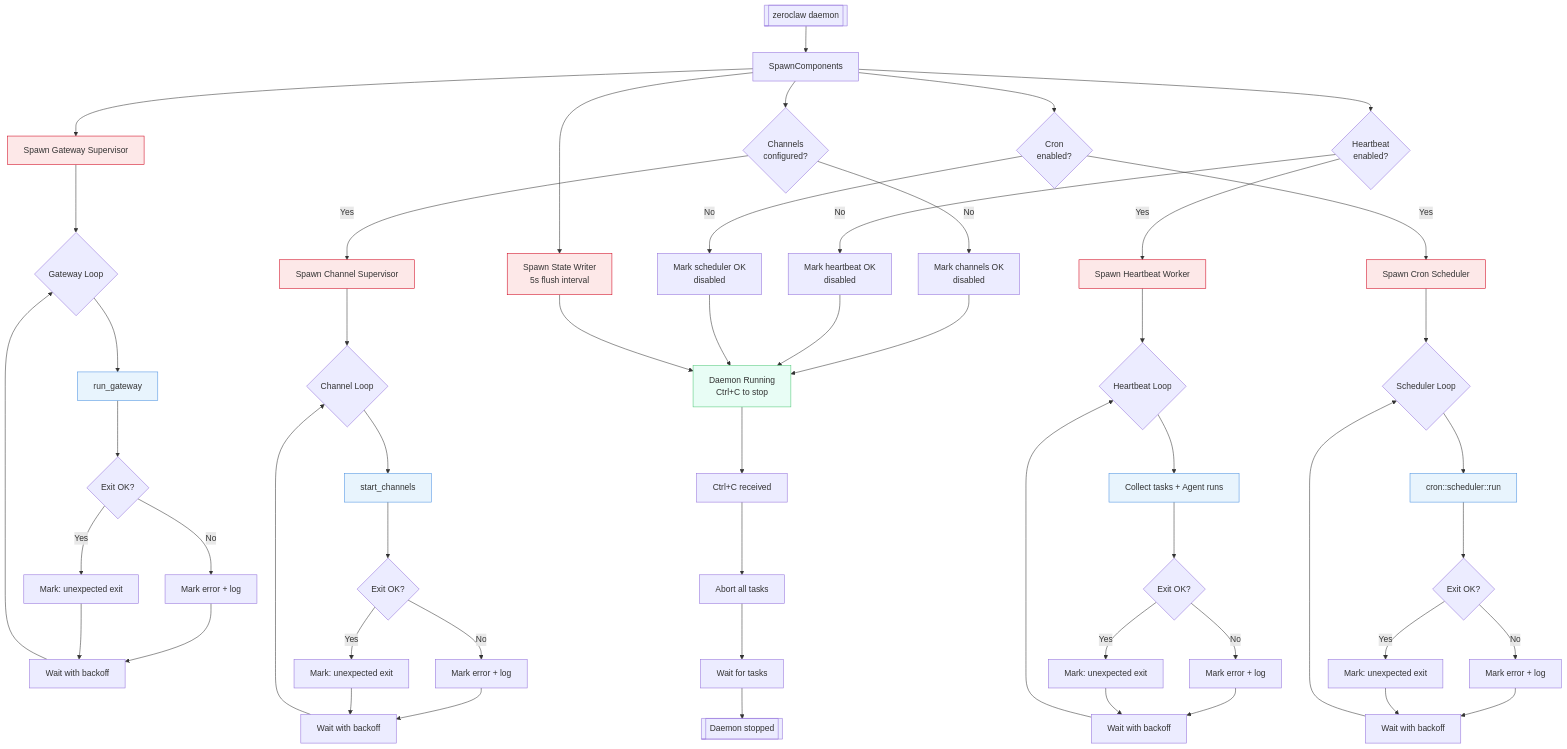
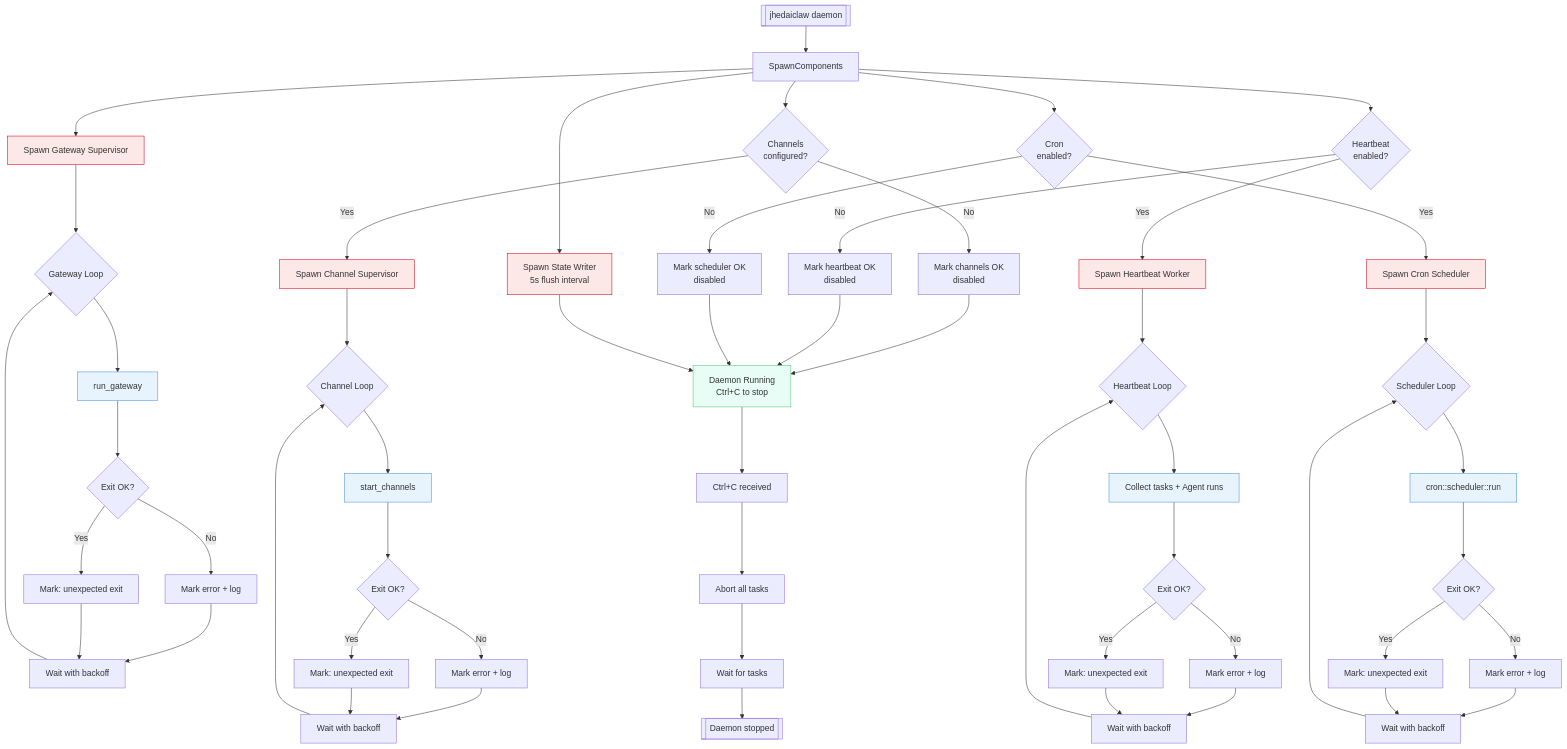
The fifth of 14 diagrams in docs/assets/architecture-diagrams.md (zeroclaw-labs/zeroclaw), drawn with Mermaid before and after one commit. The commit also changed other lines of this file and 544 other files, not shown here.

First line of the commit message:
docs: rebrand zeroclaw→jhedaiclaw; wire GraphTab to dashboard

````diff
--- a/docs/assets/architecture-diagrams.md
+++ b/docs/assets/architecture-diagrams.md
@@ -212,74 +212,74 @@
 ```mermaid
 flowchart TB
-    Start[[zeroclaw daemon]] --> SpawnComponents
+    Start[[jhedaiclaw daemon]] --> SpawnComponents
 
     SpawnComponents --> SpawnState[Spawn State Writer<br/>5s flush interval]
     SpawnComponents --> SpawnGateway[Spawn Gateway Supervisor]
     SpawnComponents --> SpawnChannels{Channels<br/>configured?}
     SpawnComponents --> SpawnHeartbeat{Heartbeat<br/>enabled?}
     SpawnComponents --> SpawnScheduler{Cron<br/>enabled?}
 
     SpawnChannels -->|Yes| SpawnChannelSup[Spawn Channel Supervisor]
     SpawnChannels -->|No| MarkChannelsOK[Mark channels OK<br/>disabled]
 
     SpawnHeartbeat -->|Yes| SpawnHeartbeatWorker[Spawn Heartbeat Worker]
     SpawnHeartbeat -->|No| MarkHeartbeatOK[Mark heartbeat OK<br/>disabled]
 
     SpawnScheduler -->|Yes| SpawnSchedulerWorker[Spawn Cron Scheduler]
     SpawnScheduler -->|No| MarkSchedulerOK[Mark scheduler OK<br/>disabled]
 
     SpawnGateway --> GatewayLoop{Gateway Loop}
     SpawnChannelSup --> ChannelLoop{Channel Loop}
     SpawnHeartbeatWorker --> HeartbeatLoop{Heartbeat Loop}
     SpawnSchedulerWorker --> SchedulerLoop{Scheduler Loop}
 
     GatewayLoop --> GatewayRun[run_gateway]
     GatewayRun --> GatewayExit{Exit OK?}
     GatewayExit -->|No| GatewayError[Mark error + log]
     GatewayExit -->|Yes| GatewayUnexpected[Mark: unexpected exit]
     GatewayError --> GatewayBackoff[Wait with backoff]
     GatewayUnexpected --> GatewayBackoff
     GatewayBackoff --> GatewayLoop
 
     ChannelLoop --> ChannelRun[start_channels]
     ChannelRun --> ChannelExit{Exit OK?}
     ChannelExit -->|No| ChannelError[Mark error + log]
     ChannelExit -->|Yes| ChannelUnexpected[Mark: unexpected exit]
     ChannelError --> ChannelBackoff[Wait with backoff]
     ChannelUnexpected --> ChannelBackoff
     ChannelBackoff --> ChannelLoop
 
     HeartbeatLoop --> HeartbeatRun[Collect tasks + Agent runs]
     HeartbeatRun --> HeartbeatExit{Exit OK?}
     HeartbeatExit -->|No| HeartbeatError[Mark error + log]
     HeartbeatExit -->|Yes| HeartbeatUnexpected[Mark: unexpected exit]
     HeartbeatError --> HeartbeatBackoff[Wait with backoff]
     HeartbeatUnexpected --> HeartbeatBackoff
     HeartbeatBackoff --> HeartbeatLoop
 
     SchedulerLoop --> SchedulerRun[cron::scheduler::run]
     SchedulerRun --> SchedulerExit{Exit OK?}
     SchedulerExit -->|No| SchedulerError[Mark error + log]
     SchedulerExit -->|Yes| SchedulerUnexpected[Mark: unexpected exit]
     SchedulerError --> SchedulerBackoff[Wait with backoff]
     SchedulerUnexpected --> SchedulerBackoff
     SchedulerBackoff --> SchedulerLoop
 
     MarkChannelsOK --> Running[Daemon Running<br/>Ctrl+C to stop]
     MarkHeartbeatOK --> Running
     MarkSchedulerOK --> Running
     SpawnState --> Running
 
     Running --> StopRequest[Ctrl+C received]
     StopRequest --> AbortAll[Abort all tasks]
     AbortAll --> JoinAll[Wait for tasks]
     JoinAll --> Done[[Daemon stopped]]
 
     classDef supervisor fill:#FDE8E8,stroke:#D0021B
     classDef running fill:#E8FDF5,stroke:#50C878
     classDef component fill:#E8F4FD,stroke:#4A90E2
 
     class SpawnGateway,SpawnChannelSup,SpawnHeartbeatWorker,SpawnSchedulerWorker,SpawnState supervisor
     class Running running
     class GatewayRun,ChannelRun,HeartbeatRun,SchedulerRun component
 ```
````
